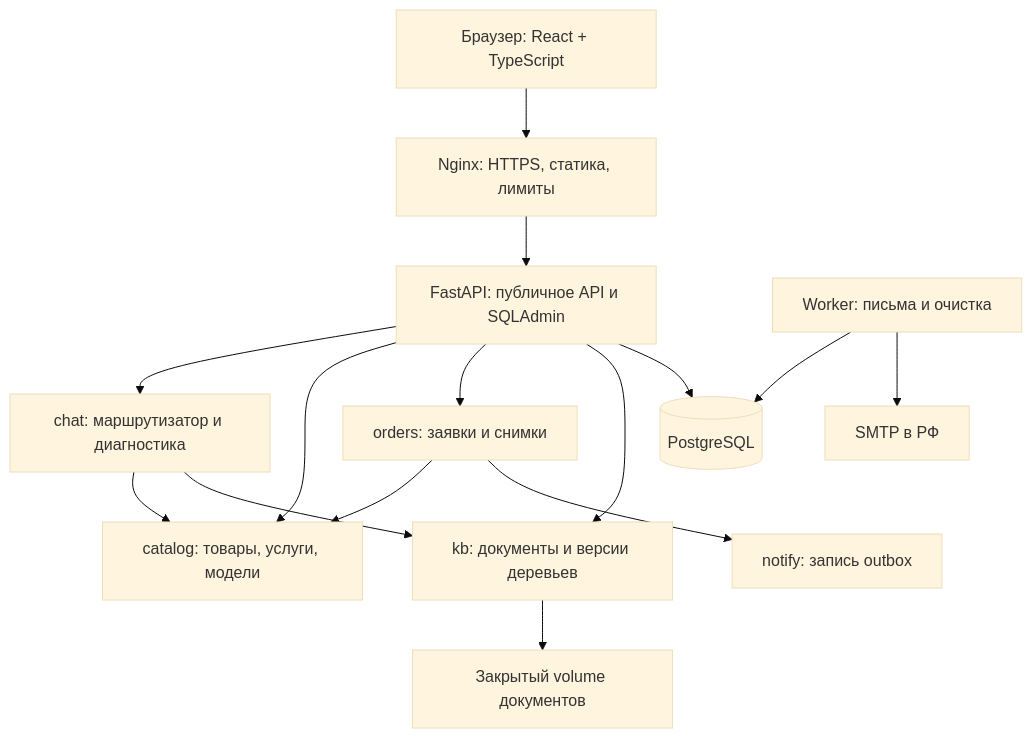
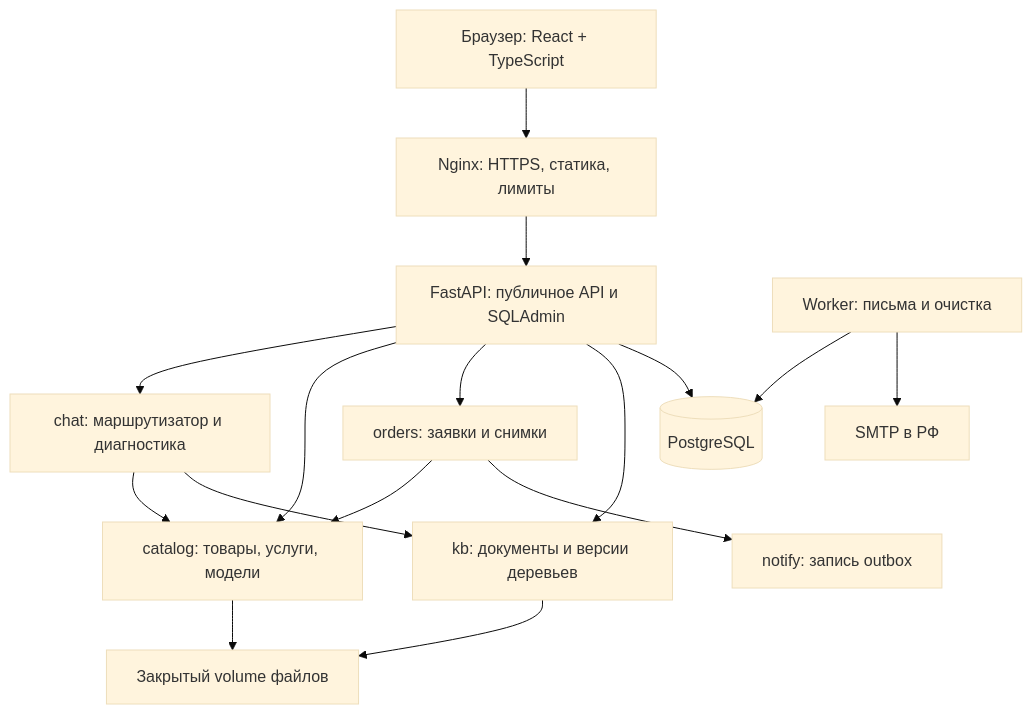
One commit to h1roshigoto/akbrizcase changed the diagram in ARCHITECTURE.md. Above: the diagram before and after it, drawn with Mermaid (base theme). The commit also changed other lines of this file, not shown here.

Commit message:
Finalize MVP architecture v2.1

````diff
--- a/ARCHITECTURE.md
+++ b/ARCHITECTURE.md
@@ -79,17 +81,18 @@
 ```mermaid
 flowchart TD
     Browser[Браузер: React + TypeScript] --> Nginx[Nginx: HTTPS, статика, лимиты]
     Nginx --> API[FastAPI: публичное API и SQLAdmin]
     API --> Chat[chat: маршрутизатор и диагностика]
     API --> Catalog[catalog: товары, услуги, модели]
     API --> Orders[orders: заявки и снимки]
     Chat --> Catalog
     Chat --> KB[kb: документы и версии деревьев]
     API --> KB
     Orders --> Catalog
     Orders --> Notify[notify: запись outbox]
     API --> DB[(PostgreSQL)]
-    KB --> Files[Закрытый volume документов]
+    KB --> Files[Закрытый volume файлов]
+    Catalog --> Files
     Worker[Worker: письма и очистка] --> DB
     Worker --> SMTP[SMTP в РФ]
 ```
````
